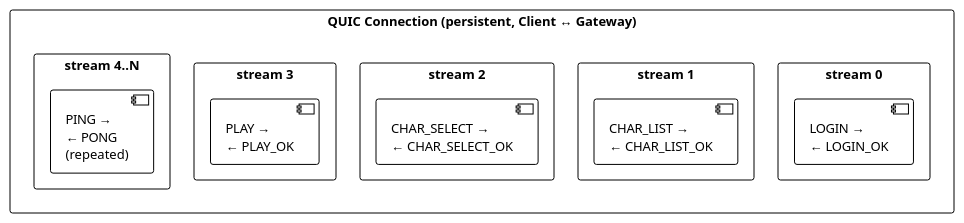
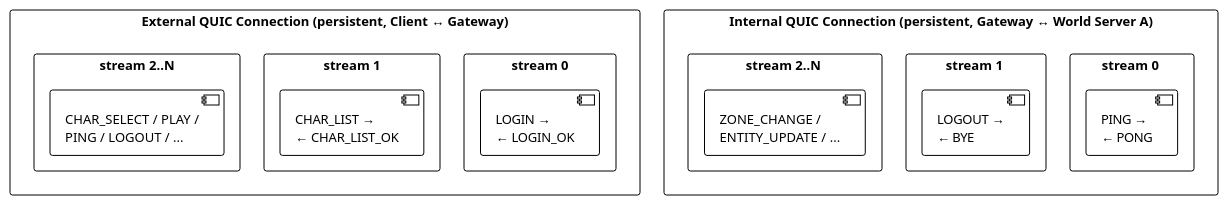
The seventh of 8 diagrams in docs/network-architecture.md (TheStackTraceWhisperer/catalyst), drawn with PlantUML before and after one commit. The commit also changed other lines of this file, not shown here.

First line of the commit message:
Update network architecture: QUIC throughout, internal trust model

````diff
--- a/docs/network-architecture.md
+++ b/docs/network-architecture.md
@@ -241,24 +319,30 @@
 ```plantuml
 @startuml quic_streams
 !theme plain
 skinparam defaultFontSize 13
 
-rectangle "QUIC Connection (persistent, Client ↔ Gateway)" {
+rectangle "External QUIC Connection (persistent, Client ↔ Gateway)" {
   rectangle "stream 0" {
     component "LOGIN →\n← LOGIN_OK"
   }
   rectangle "stream 1" {
     component "CHAR_LIST →\n← CHAR_LIST_OK"
   }
-  rectangle "stream 2" {
-    component "CHAR_SELECT →\n← CHAR_SELECT_OK"
+  rectangle "stream 2..N" {
+    component "CHAR_SELECT / PLAY /\nPING / LOGOUT / ..."
   }
-  rectangle "stream 3" {
-    component "PLAY →\n← PLAY_OK"
+}
+
+rectangle "Internal QUIC Connection (persistent, Gateway ↔ World Server A)" {
+  rectangle "stream 0 " {
+    component "PING →\n← PONG"
   }
-  rectangle "stream 4..N" {
-    component "PING →\n← PONG\n(repeated)"
+  rectangle "stream 1 " {
+    component "LOGOUT →\n← BYE"
+  }
+  rectangle "stream 2..N " {
+    component "ZONE_CHANGE /\nENTITY_UPDATE / ..."
   }
 }
 @enduml
 ```
````
